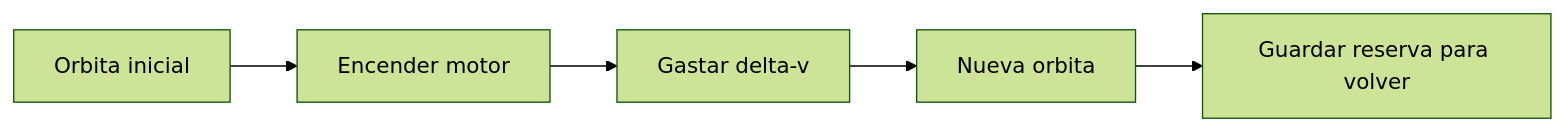
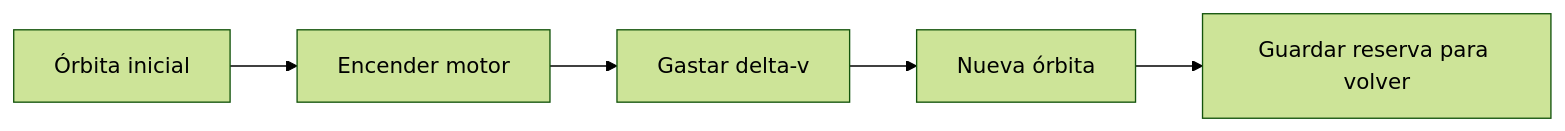
One commit to vladimiracunadev-create/machine-operator-program changed the diagram in vehiculos/naves-espaciales/recursos/recursos-nave-espacial.md. Above: the diagram before and after it, drawn with Mermaid (forest theme). The commit also changed other lines of this file and 442 other files, not shown here.

````diff
--- a/vehiculos/naves-espaciales/recursos/recursos-nave-espacial.md
+++ b/vehiculos/naves-espaciales/recursos/recursos-nave-espacial.md
@@ -28,7 +28,7 @@
 ```mermaid
 flowchart LR
-    Orbita[Orbita inicial] --> Motor[Encender motor]
+    Orbita[Órbita inicial] --> Motor[Encender motor]
     Motor --> DeltaV[Gastar delta-v]
-    DeltaV --> Nueva[Nueva orbita]
+    DeltaV --> Nueva[Nueva órbita]
     Nueva --> Reserva[Guardar reserva para volver]
 ```
````
